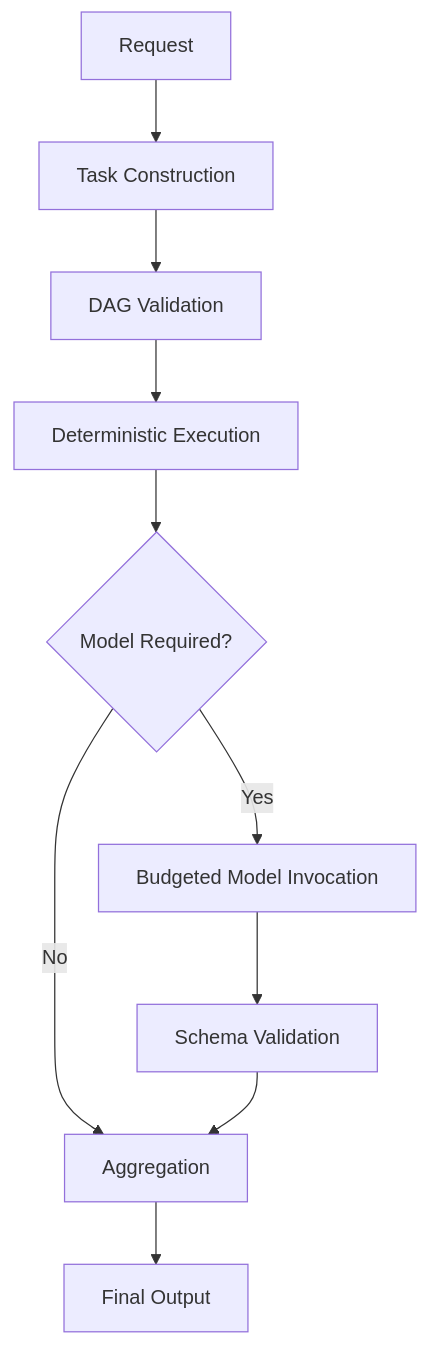
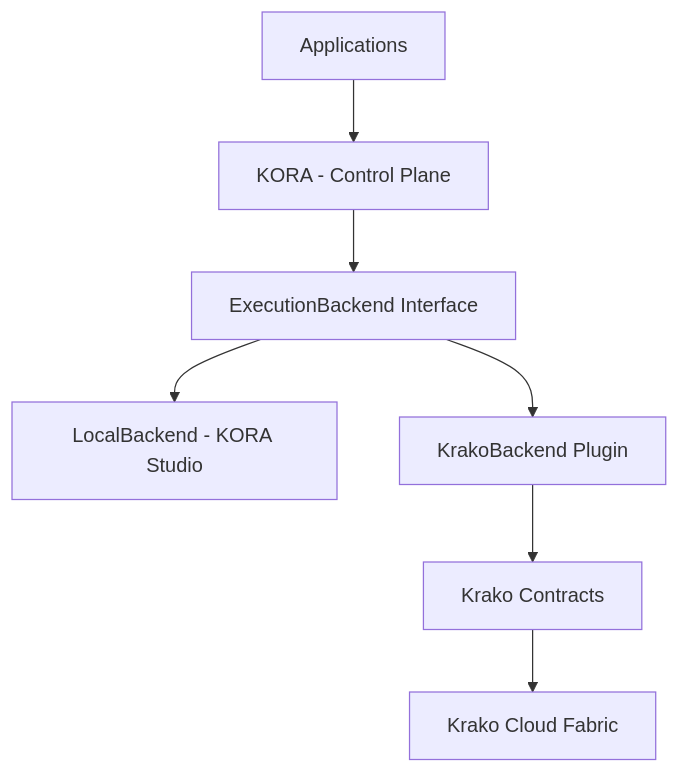
One commit to hkalbertkim/KORA changed the diagram in README.md. Above: the diagram before and after it, drawn with Mermaid. The commit also changed other lines of this file and 27 other files, not shown here.

Commit message:
docs: sync v1.0 specs and refresh README architecture diagram

````diff
--- a/README.md
+++ b/README.md
@@ -190,13 +109,9 @@
 ```mermaid
 flowchart TD
-    A[Request]
-    A --> B[Task Construction]
-    B --> C[DAG Validation]
-    C --> D[Deterministic Execution]
-    D --> E{Model Required?}
-    E -->|No| F[Aggregation]
-    E -->|Yes| G[Budgeted Model Invocation]
-    G --> H[Schema Validation]
-    H --> F
-    F --> I[Final Output]
+  A["Applications"] --> B["KORA - Control Plane"]
+  B --> C["ExecutionBackend Interface"]
+  C --> D["LocalBackend - KORA Studio"]
+  C --> E["KrakoBackend Plugin"]
+  E --> F["Krako Contracts"]
+  F --> G["Krako Cloud Fabric"]
 ```
````
